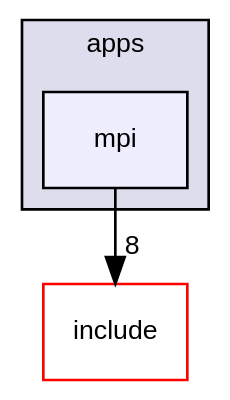
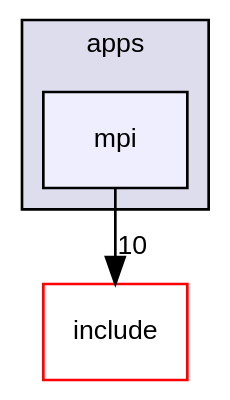
The diagram in dir_bed2a4a0c7c4050f61e346100395c310_dep.dot (luca-heltai/fsi-suite), drawn with Graphviz before and after one commit. The commit also changed 899 other files, not shown here.

```diff
--- a/dir_bed2a4a0c7c4050f61e346100395c310_dep.dot
+++ b/dir_bed2a4a0c7c4050f61e346100395c310_dep.dot
@@ -1,12 +1,12 @@
 digraph "apps/mpi" {
   bgcolor=transparent;
   compound=true
   node [ fontsize="10", fontname="Helvetica"];
   edge [ labelfontsize="10", labelfontname="Helvetica"];
   subgraph clusterdir_9654b8d08f4bba4e84b362c5fd320bee {
     graph [ bgcolor="#ddddee", pencolor="black", label="apps" fontname="Helvetica", fontsize="10", URL="dir_9654b8d08f4bba4e84b362c5fd320bee.html"]
   dir_bed2a4a0c7c4050f61e346100395c310 [shape=box, label="mpi", style="filled", fillcolor="#eeeeff", pencolor="black", URL="dir_bed2a4a0c7c4050f61e346100395c310.html"];
   }
   dir_d44c64559bbebec7f509842c48db8b23 [shape=box label="include" color="red" URL="dir_d44c64559bbebec7f509842c48db8b23.html"];
-  dir_bed2a4a0c7c4050f61e346100395c310->dir_d44c64559bbebec7f509842c48db8b23 [headlabel="8", labeldistance=1.5 headhref="dir_000011_000002.html"];
+  dir_bed2a4a0c7c4050f61e346100395c310->dir_d44c64559bbebec7f509842c48db8b23 [headlabel="10", labeldistance=1.5 headhref="dir_000011_000002.html"];
 }
```
